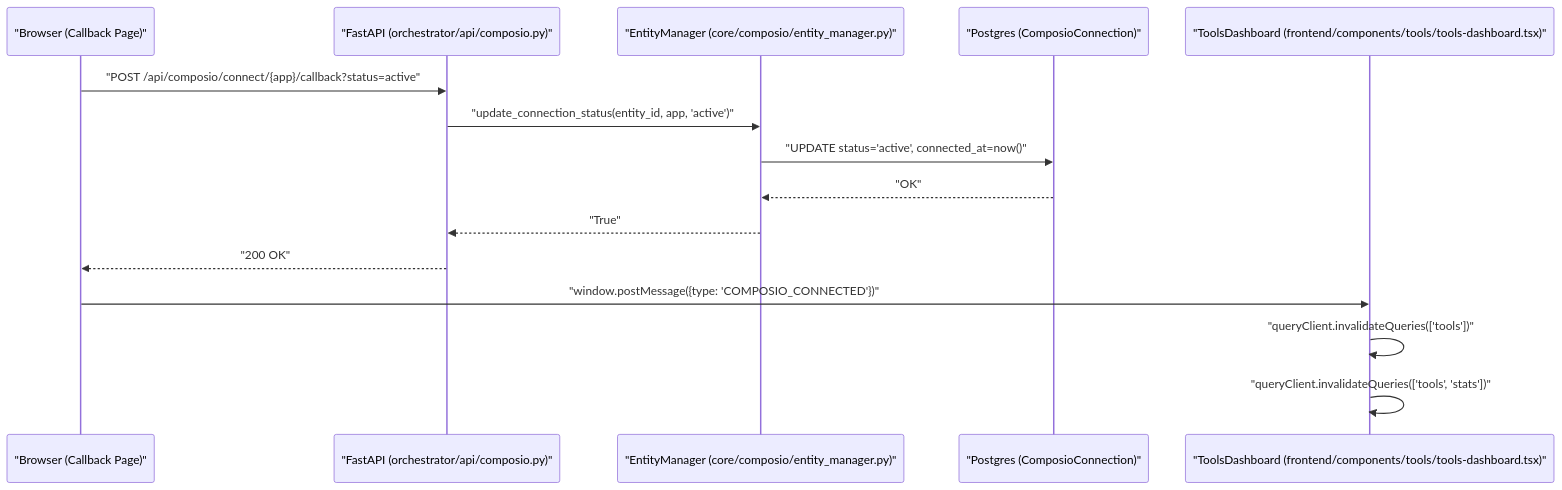
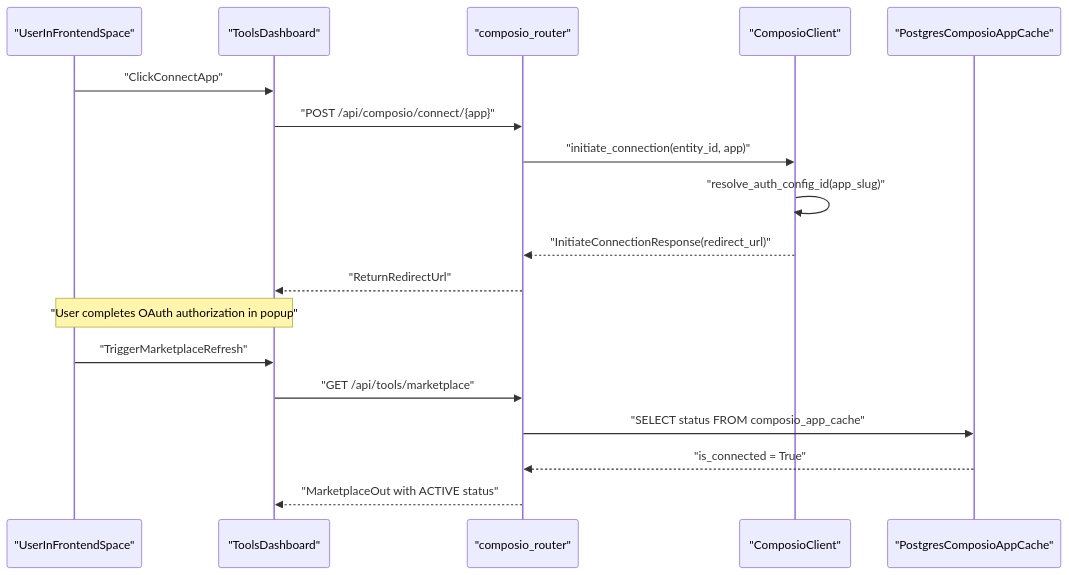
Before and after one commit to AutomatosAI/automatos-ai: the second of 2 diagrams in docs/tools-integrations/connecting-apps.md, drawn with Mermaid. The commit also changed other lines of this file and 191 other files, not shown here.

````diff
--- a/docs/tools-integrations/connecting-apps.md
+++ b/docs/tools-integrations/connecting-apps.md
@@ -223,18 +134,21 @@
 ```mermaid
 sequenceDiagram
-    participant B as "Browser (Callback Page)"
-    participant API as "FastAPI (orchestrator/api/composio.py)"
-    participant EM as "EntityManager (core/composio/entity_manager.py)"
-    participant DB as "Postgres (ComposioConnection)"
-    participant UI as "ToolsDashboard (frontend/components/tools/tools-dashboard.tsx)"
+    participant NaturalUser as "UserInFrontendSpace"
+    participant CodeDashboard as "ToolsDashboard"
+    participant CodeAPI as "composio_router"
+    participant CodeClient as "ComposioClient"
+    participant CodeDB as "PostgresComposioAppCache"
 
-    B->>API: "POST /api/composio/connect/{app}/callback?status=active"
-    API->>EM: "update_connection_status(entity_id, app, 'active')"
-    EM->>DB: "UPDATE status='active', connected_at=now()"
-    DB-->>EM: "OK"
-    EM-->>API: "True"
-    API-->>B: "200 OK"
-    B->>UI: "window.postMessage({type: 'COMPOSIO_CONNECTED'})"
-    UI->>UI: "queryClient.invalidateQueries(['tools'])"
-    UI->>UI: "queryClient.invalidateQueries(['tools', 'stats'])"
+    NaturalUser->>CodeDashboard: "ClickConnectApp"
+    CodeDashboard->>CodeAPI: "POST /api/composio/connect/{app}"
+    CodeAPI->>CodeClient: "initiate_connection(entity_id, app)"
+    CodeClient->>CodeClient: "resolve_auth_config_id(app_slug)"
+    CodeClient-->>CodeAPI: "InitiateConnectionResponse(redirect_url)"
+    CodeAPI-->>CodeDashboard: "ReturnRedirectUrl"
+    Note over NaturalUser,CodeDashboard: "User completes OAuth authorization in popup"
+    NaturalUser->>CodeDashboard: "TriggerMarketplaceRefresh"
+    CodeDashboard->>CodeAPI: "GET /api/tools/marketplace"
+    CodeAPI->>CodeDB: "SELECT status FROM composio_app_cache"
+    CodeDB-->>CodeAPI: "is_connected = True"
+    CodeAPI-->>CodeDashboard: "MarketplaceOut with ACTIVE status"
 ```
````
